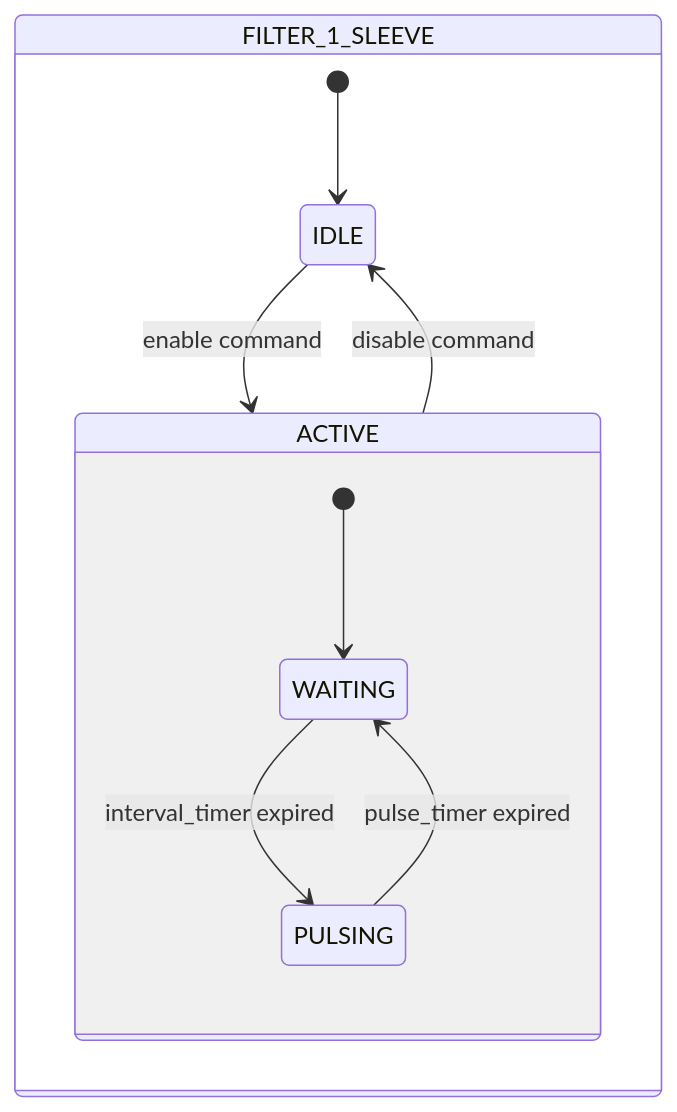
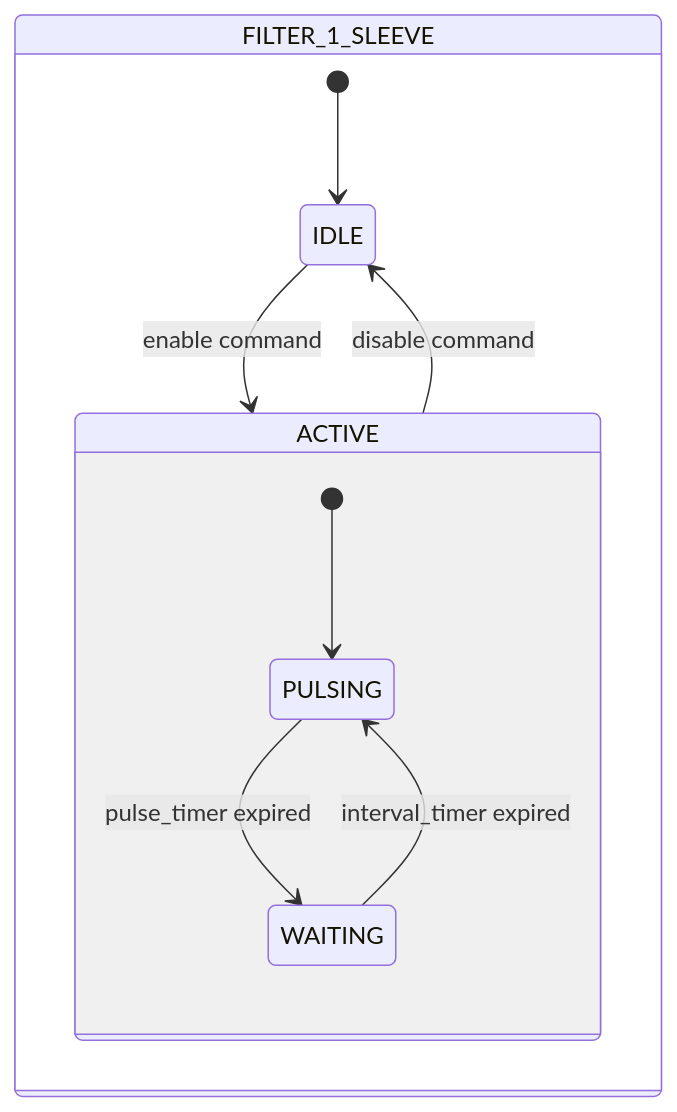
The second of 2 diagrams in docs/en/library/filters/1-sleeve/index.md (AleFire99/TIA_knowledge), drawn with Mermaid before and after one commit. The commit also changed other lines of this file and 35 other files, not shown here.

````diff
--- a/docs/en/library/filters/1-sleeve/index.md
+++ b/docs/en/library/filters/1-sleeve/index.md
@@ -88,14 +88,14 @@
 ```mermaid
 stateDiagram-v2
 state FILTER_1_SLEEVE{
     [*] --> IDLE
     IDLE --> ACTIVE : enable command
     ACTIVE --> IDLE : disable command
 
     state ACTIVE {
-        [*] --> WAITING
+        [*] --> PULSING
+        PULSING --> WAITING : pulse_timer expired
         WAITING --> PULSING : interval_timer expired
-        PULSING --> WAITING : pulse_timer expired
     }
 }
 ```
````
